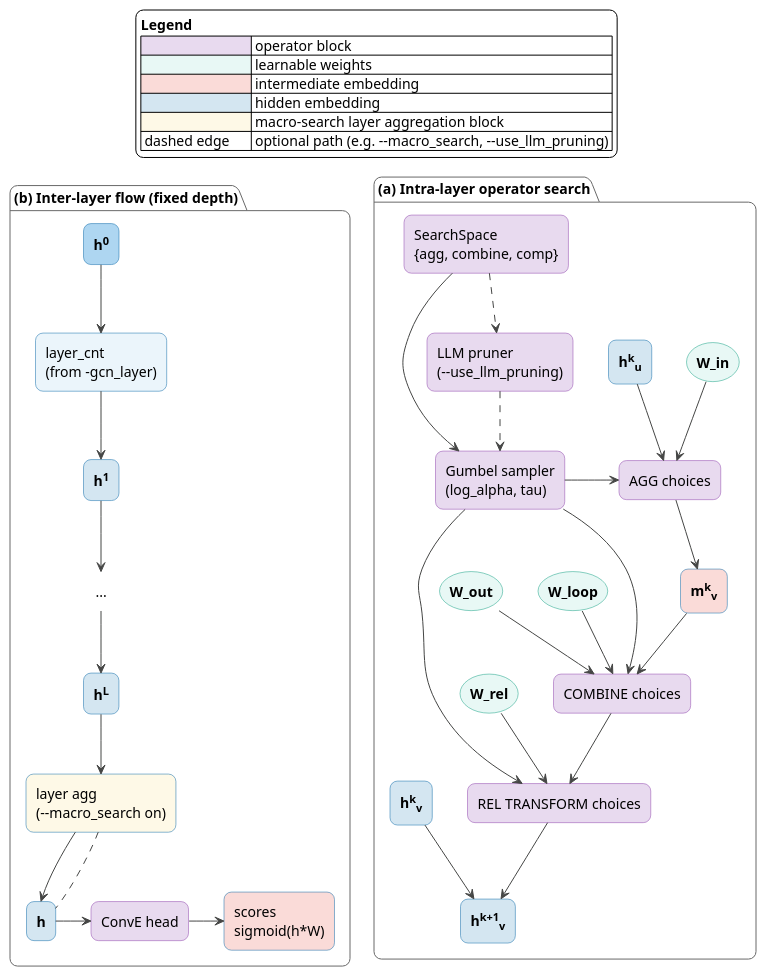
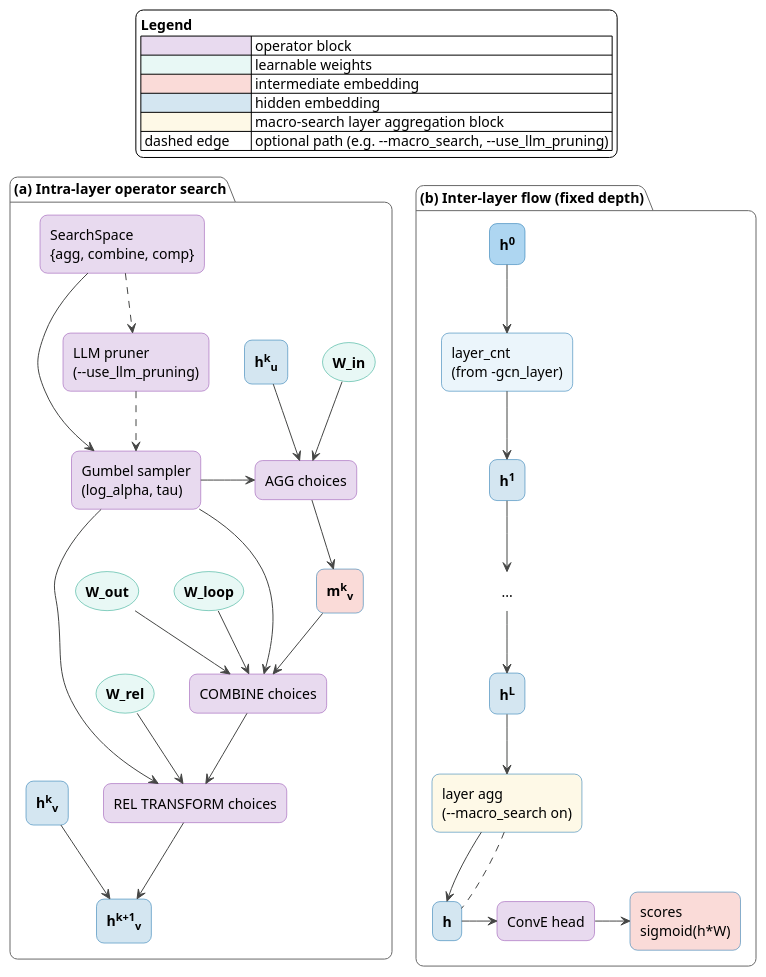
One commit to sap-13/PRiGNN changed the diagram in diagram.puml. Above: the diagram before and after it, drawn with PlantUML. The commit also changed other lines of this file, not shown here.

```diff
--- a/diagram.puml
+++ b/diagram.puml
@@ -1,93 +1,93 @@
 @startuml
 !theme vibrant
 
 skinparam defaultFontName sans-serif
 skinparam shadowing false
 skinparam roundCorner 15
 skinparam rectangle {
     BackgroundColor #EBF5FB
     BorderColor #0E6BA8
 }
 skinparam agent {
     BackgroundColor #E8DAEF
     BorderColor #8E44AD
 }
 skinparam storage {
     BackgroundColor #E8F8F5
     BorderColor #16A085
 }
 skinparam rectangle<<operator>> {
     BackgroundColor #E8DAEF
     BorderColor #8E44AD
 }
 hide stereotype
 
 legend top
 <font size=14><b>Legend</b></font>
 | <#E8DAEF>   | operator block |
 | <#E8F8F5>   | learnable weights |
 | <#FADBD8>   | intermediate embedding |
 | <#D4E6F1>   | hidden embedding |
 | <#FEF9E7>   | macro-search layer aggregation block |
 | dashed edge      | optional path (e.g. &#45;&#45;macro_search, &#45;&#45;use_llm_pruning) |
 end legend
-
-package "((b) Inter-layer flow (fixed depth))" {
-    rectangle "<b>h<sup>0</sup></b>" as h0 #AED6F1
-    rectangle "layer_cnt\n(from -gcn_layer)" as layer_cnt
-    rectangle "<b>h<sup>1</sup></b>" as h1 #D4E6F1
-    label "..." as dots
-    rectangle "<b>h<sup>L</sup></b>" as hL #D4E6F1
-    rectangle "layer agg\n(--macro_search on)" as layer_agg #FEF9E7
-    rectangle "<b>h</b>" as h_final #D4E6F1
-    rectangle "ConvE head" as conve <<operator>>
-    rectangle "scores\nsigmoid(h*W)" as scores #FADBD8
-
-    h0 -d-> layer_cnt
-    layer_cnt -d-> h1
-    h1 -d-> dots
-    dots -d-> hL
-    hL -d-> layer_agg
-    layer_agg -d-> h_final
-    h_final -r-> conve
-    conve -r-> scores
-
-    layer_agg -[dashed]- h_final
-}
 
 package "(a) Intra-layer operator search" {
     agent "SearchSpace\n{agg, combine, comp}" as search_space
     agent "LLM pruner\n(--use_llm_pruning)" as llm_pruner
     agent "Gumbel sampler\n(log_alpha, tau)" as gumbel
     storage "<b>W_loop</b>" as W_loop
     storage "<b>W_in</b>" as W_in
     storage "<b>W_out</b>" as W_out
     storage "<b>W_rel</b>" as W_rel
     rectangle "<b>h<sup>k</sup><sub>u</sub></b>" as h_u #D4E6F1
     rectangle "<b>h<sup>k</sup><sub>v</sub></b>" as h_v #D4E6F1
     rectangle "AGG choices" as agg_ops <<operator>>
     rectangle "COMBINE choices" as combine_ops <<operator>>
     rectangle "REL TRANSFORM choices" as comp_ops <<operator>>
     rectangle "<b>m<sup>k</sup><sub>v</sub></b>" as m_v #FADBD8
     rectangle "<b>h<sup>k+1</sup><sub>v</sub></b>" as h_v_next #D4E6F1
 
     search_space -r-> gumbel
     search_space -[dashed]-> llm_pruner
     llm_pruner -[dashed]-> gumbel
     gumbel -r-> agg_ops
     gumbel -r-> combine_ops
     gumbel -r-> comp_ops
 
     h_u --> agg_ops
     W_in --> agg_ops
     agg_ops --> m_v
     m_v --> combine_ops
     W_loop --> combine_ops
     W_out --> combine_ops
     combine_ops --> comp_ops
     W_rel --> comp_ops
     comp_ops --> h_v_next
     h_v --> h_v_next
 }
 
+package "((b) Inter-layer flow (fixed depth))" {
+    rectangle "<b>h<sup>0</sup></b>" as h0 #AED6F1
+    rectangle "layer_cnt\n(from -gcn_layer)" as layer_cnt
+    rectangle "<b>h<sup>1</sup></b>" as h1 #D4E6F1
+    label "..." as dots
+    rectangle "<b>h<sup>L</sup></b>" as hL #D4E6F1
+    rectangle "layer agg\n(--macro_search on)" as layer_agg #FEF9E7
+    rectangle "<b>h</b>" as h_final #D4E6F1
+    rectangle "ConvE head" as conve <<operator>>
+    rectangle "scores\nsigmoid(h*W)" as scores #FADBD8
+
+    h0 -d-> layer_cnt
+    layer_cnt -d-> h1
+    h1 -d-> dots
+    dots -d-> hL
+    hL -d-> layer_agg
+    layer_agg -d-> h_final
+    h_final -r-> conve
+    conve -r-> scores
+
+    layer_agg -[dashed]- h_final
+}
+
 @enduml
```
